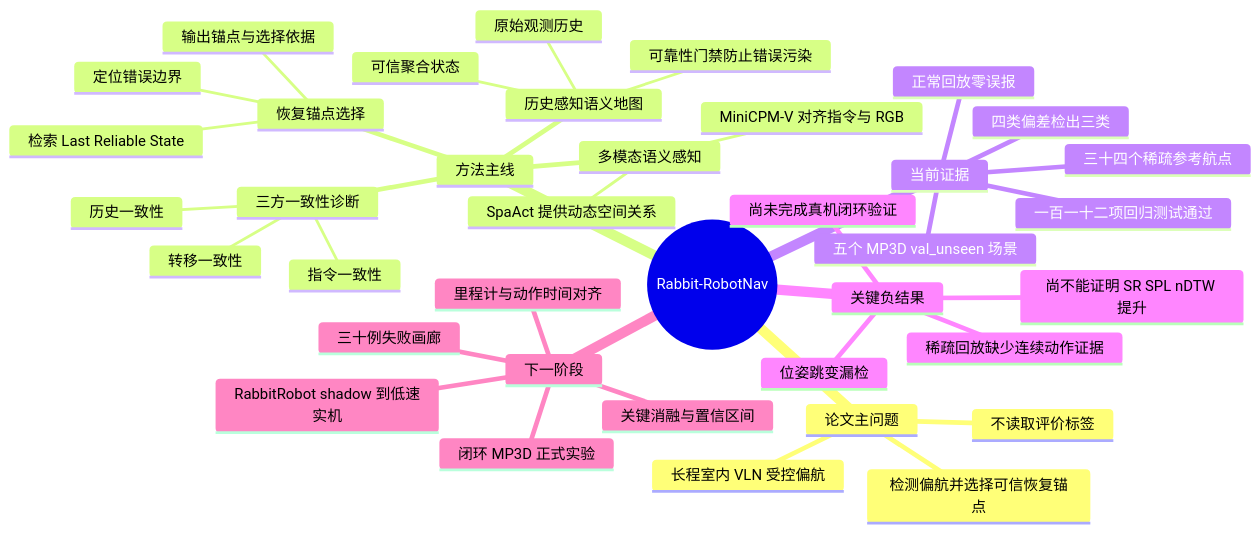
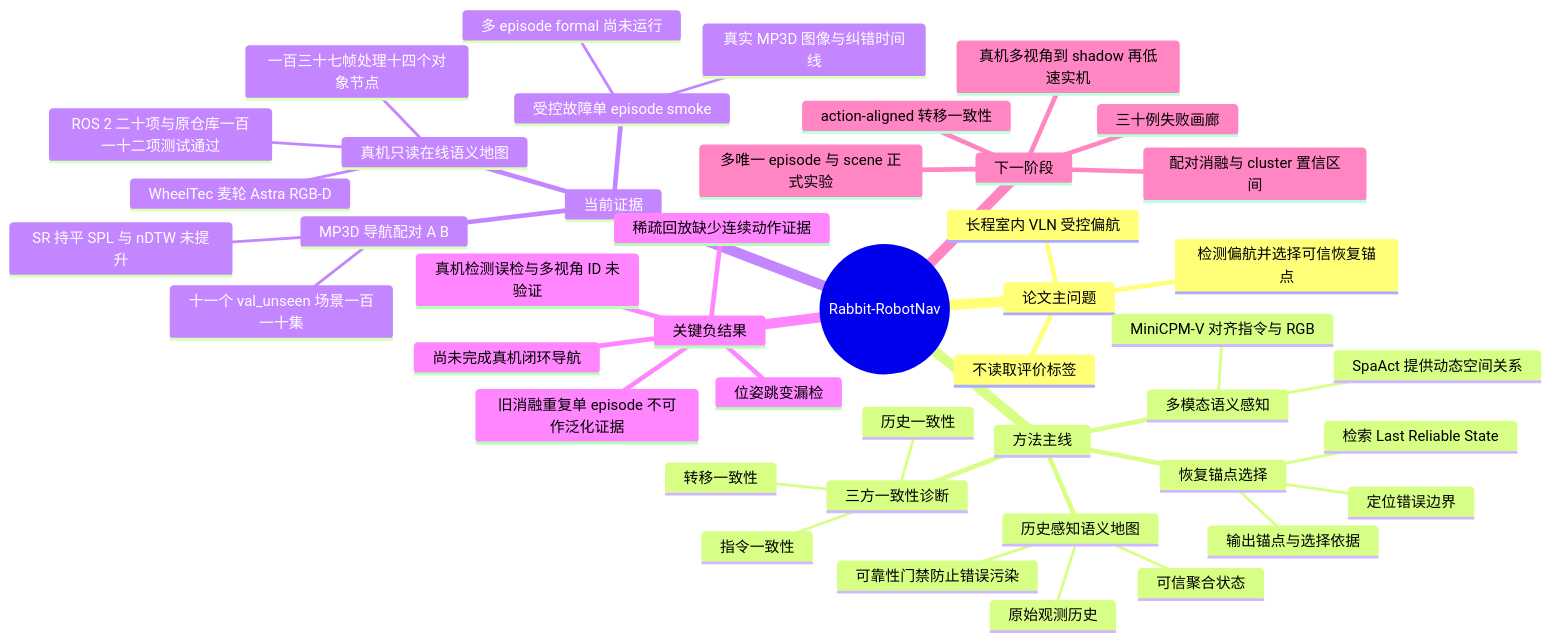
Before and after one commit to lijinghai/lijinghai.github.io: the diagram in RabbitRobotNav/research-mindmap.mmd, drawn with Mermaid. The commit also changed 15 other files, not shown here.

First line of the commit message:
更新 RabbitRobotNav 论文主页的最新实机图片与分层证据

```diff
--- a/RabbitRobotNav/research-mindmap.mmd
+++ b/RabbitRobotNav/research-mindmap.mmd
@@ -1,39 +1,45 @@
 mindmap
   root((Rabbit-RobotNav))
     论文主问题
       长程室内 VLN 受控偏航
       不读取评价标签
       检测偏航并选择可信恢复锚点
     方法主线
       多模态语义感知
         MiniCPM-V 对齐指令与 RGB
         SpaAct 提供动态空间关系
       历史感知语义地图
         原始观测历史
         可信聚合状态
         可靠性门禁防止错误污染
       三方一致性诊断
         指令一致性
         历史一致性
         转移一致性
       恢复锚点选择
         定位错误边界
         检索 Last Reliable State
         输出锚点与选择依据
     当前证据
-      五个 MP3D val_unseen 场景
-      三十四个稀疏参考航点
-      四类偏差检出三类
-      正常回放零误报
-      一百一十二项回归测试通过
+      MP3D 导航配对 A B
+        十一个 val_unseen 场景一百一十集
+        SR 持平 SPL 与 nDTW 未提升
+      受控故障单 episode smoke
+        真实 MP3D 图像与纠错时间线
+        多 episode formal 尚未运行
+      真机只读在线语义地图
+        WheelTec 麦轮 Astra RGB-D
+        一百三十七帧处理十四个对象节点
+        ROS 2 二十项与原仓库一百一十二项测试通过
     关键负结果
       位姿跳变漏检
       稀疏回放缺少连续动作证据
-      尚不能证明 SR SPL nDTW 提升
-      尚未完成真机闭环验证
+      旧消融重复单 episode 不可作泛化证据
+      真机检测误检与多视角 ID 未验证
+      尚未完成真机闭环导航
     下一阶段
-      闭环 MP3D 正式实验
-      关键消融与置信区间
+      多唯一 episode 与 scene 正式实验
+      配对消融与 cluster 置信区间
       三十例失败画廊
-      里程计与动作时间对齐
-      RabbitRobot shadow 到低速实机
+      action-aligned 转移一致性
+      真机多视角到 shadow 再低速实机
```
